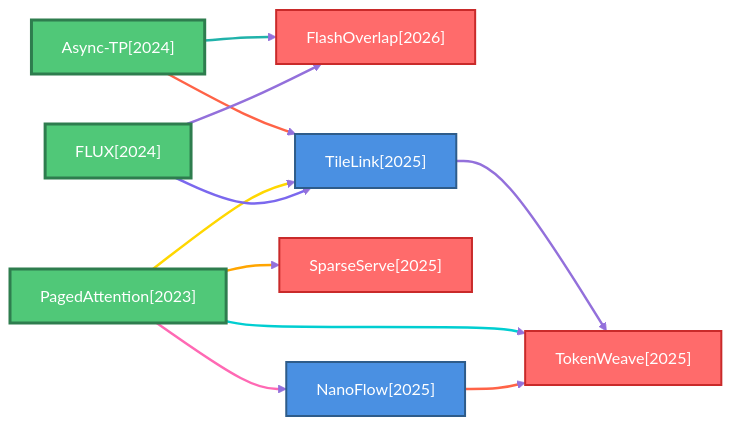
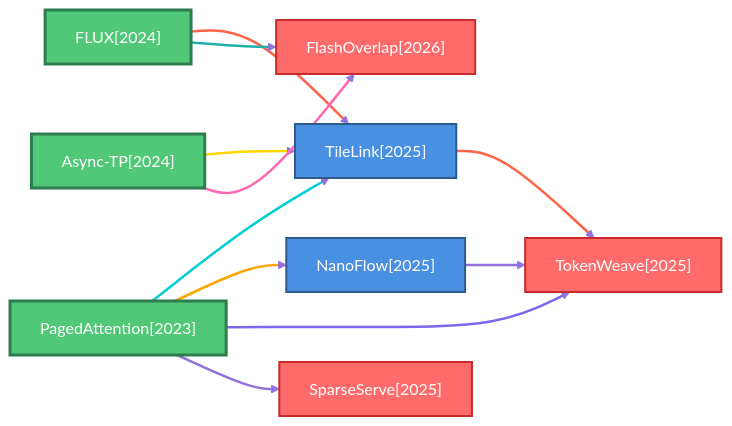
The first of 6 diagrams in docs/baseline_methods_graph.md (hustzxd/EfficientPaper), drawn with Mermaid before and after one commit. The commit also changed other lines of this file and 15 other files, not shown here.

````diff
--- a/docs/baseline_methods_graph.md
+++ b/docs/baseline_methods_graph.md
@@ -11,45 +11,45 @@
 ```mermaid
 flowchart LR
     classDef defaultNode fill:#4A90E2,stroke:#2E5C8A,stroke-width:2px,color:#fff
     classDef rootNode fill:#50C878,stroke:#2E7D4E,stroke-width:3px,color:#fff
     classDef leafNode fill:#FF6B6B,stroke:#C92A2A,stroke-width:2px,color:#fff
     linkStyle default stroke:#9370DB,stroke-width:2px
 
+    2026_FlashOverlap["FlashOverlap[2026]"]
+    class 2026_FlashOverlap leafNode
+    2025_NanoFlow["NanoFlow[2025]"]
+    class 2025_NanoFlow defaultNode
+    2024_FLUX["FLUX[2024]"]
+    class 2024_FLUX rootNode
+    2024_Async_TP["Async-TP[2024]"]
+    class 2024_Async_TP rootNode
+    2025_SparseServe["SparseServe[2025]"]
+    class 2025_SparseServe leafNode
+    2023_PagedAttention["PagedAttention[2023]"]
+    class 2023_PagedAttention rootNode
+    2025_TileLink["TileLink[2025]"]
+    class 2025_TileLink defaultNode
     2025_TokenWeave["TokenWeave[2025]"]
     class 2025_TokenWeave leafNode
-    2026_FlashOverlap["FlashOverlap[2026]"]
-    class 2026_FlashOverlap leafNode
-    2025_TileLink["TileLink[2025]"]
-    class 2025_TileLink defaultNode
-    2025_SparseServe["SparseServe[2025]"]
-    class 2025_SparseServe leafNode
-    2024_Async_TP["Async-TP[2024]"]
-    class 2024_Async_TP rootNode
-    2023_PagedAttention["PagedAttention[2023]"]
-    class 2023_PagedAttention rootNode
-    2024_FLUX["FLUX[2024]"]
-    class 2024_FLUX rootNode
-    2025_NanoFlow["NanoFlow[2025]"]
-    class 2025_NanoFlow defaultNode
 
+    2025_NanoFlow ==>|" "| 2025_TokenWeave
+    linkStyle 0 stroke:#9370DB,stroke-width:2.5px
+    2024_FLUX ==>|" "| 2025_TileLink
+    linkStyle 1 stroke:#FF6347,stroke-width:2.5px
+    2024_FLUX ==>|" "| 2026_FlashOverlap
+    linkStyle 2 stroke:#20B2AA,stroke-width:2.5px
+    2024_Async_TP ==>|" "| 2025_TileLink
+    linkStyle 3 stroke:#FFD700,stroke-width:2.5px
+    2024_Async_TP ==>|" "| 2026_FlashOverlap
+    linkStyle 4 stroke:#FF69B4,stroke-width:2.5px
+    2023_PagedAttention ==>|" "| 2025_TileLink
+    linkStyle 5 stroke:#00CED1,stroke-width:2.5px
+    2023_PagedAttention ==>|" "| 2025_NanoFlow
+    linkStyle 6 stroke:#FFA500,stroke-width:2.5px
+    2023_PagedAttention ==>|" "| 2025_TokenWeave
+    linkStyle 7 stroke:#7B68EE,stroke-width:2.5px
+    2023_PagedAttention ==>|" "| 2025_SparseServe
+    linkStyle 8 stroke:#9370DB,stroke-width:2.5px
     2025_TileLink ==>|" "| 2025_TokenWeave
-    linkStyle 0 stroke:#9370DB,stroke-width:2.5px
-    2024_Async_TP ==>|" "| 2025_TileLink
-    linkStyle 1 stroke:#FF6347,stroke-width:2.5px
-    2024_Async_TP ==>|" "| 2026_FlashOverlap
-    linkStyle 2 stroke:#20B2AA,stroke-width:2.5px
-    2023_PagedAttention ==>|" "| 2025_TileLink
-    linkStyle 3 stroke:#FFD700,stroke-width:2.5px
-    2023_PagedAttention ==>|" "| 2025_NanoFlow
-    linkStyle 4 stroke:#FF69B4,stroke-width:2.5px
-    2023_PagedAttention ==>|" "| 2025_TokenWeave
-    linkStyle 5 stroke:#00CED1,stroke-width:2.5px
-    2023_PagedAttention ==>|" "| 2025_SparseServe
-    linkStyle 6 stroke:#FFA500,stroke-width:2.5px
-    2024_FLUX ==>|" "| 2025_TileLink
-    linkStyle 7 stroke:#7B68EE,stroke-width:2.5px
-    2024_FLUX ==>|" "| 2026_FlashOverlap
-    linkStyle 8 stroke:#9370DB,stroke-width:2.5px
-    2025_NanoFlow ==>|" "| 2025_TokenWeave
     linkStyle 9 stroke:#FF6347,stroke-width:2.5px
 ```
````
